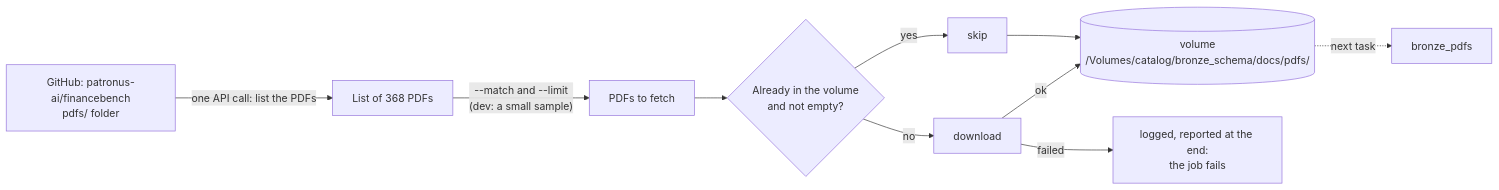
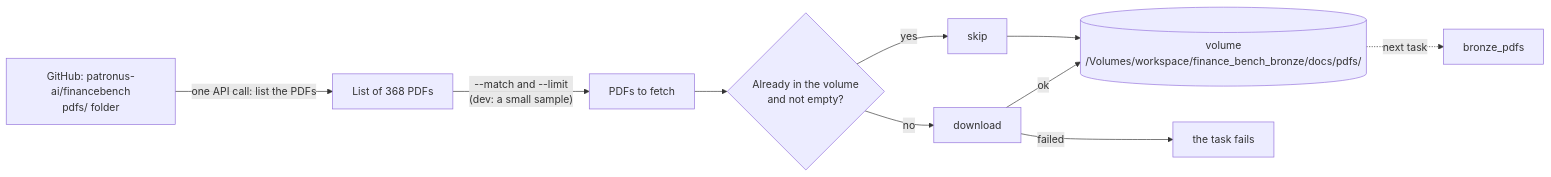
The diagram in doc/download/download.md (SuddhaswattaMaityUK/dbx-finance-bench-rag), drawn with Mermaid before and after one commit. The commit also changed other lines of this file and 11 other files, not shown here.

````diff
--- a/doc/download/download.md
+++ b/doc/download/download.md
@@ -10,12 +10,12 @@
 ```mermaid
 flowchart LR
     G["GitHub: patronus-ai/financebench<br/>pdfs/ folder"] -->|"one API call: list the PDFs"| L["List of 368 PDFs"]
     L -->|"--match and --limit<br/>(dev: a small sample)"| F["PDFs to fetch"]
     F --> E{"Already in the volume<br/>and not empty?"}
     E -- yes --> SK["skip"]
     E -- no --> D["download"]
-    D -- ok --> V[("volume<br/>/Volumes/catalog/bronze_schema/docs/pdfs/")]
-    D -- failed --> FL["logged, reported at the end:<br/>the job fails"]
+    D -- ok --> V[("volume<br/>/Volumes/workspace/finance_bench_bronze/docs/pdfs/")]
+    D -- failed --> FL["the task fails"]
     SK --> V
     V -.->|next task| B[bronze_pdfs]
 ```
````
